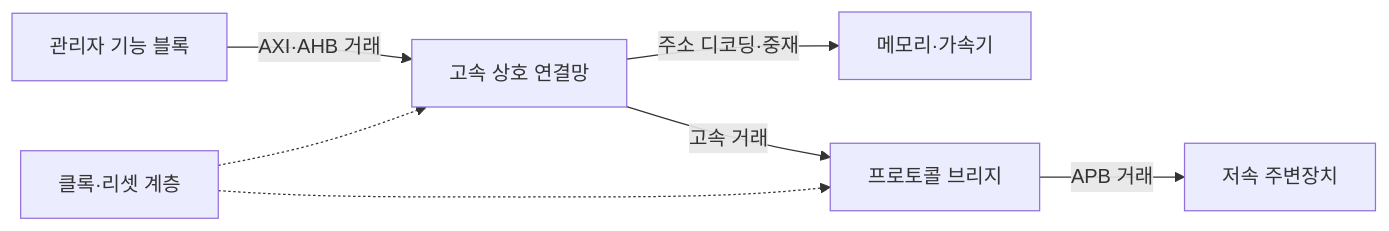
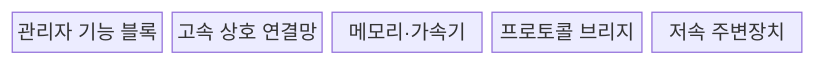
Before and after one commit to agnusdei1207/knowledge-base: the first of 2 diagrams in src/content/docs/notes/02-hardware/078_amba_bus_protocol.md, drawn with Mermaid. The commit also changed other lines of this file and 20 other files, not shown here.

````diff
--- a/src/content/docs/notes/02-hardware/078_amba_bus_protocol.md
+++ b/src/content/docs/notes/02-hardware/078_amba_bus_protocol.md
@@ -64,9 +62,9 @@
 ```mermaid
-flowchart LR
-    M[관리자 기능 블록] -->|AXI·AHB 거래| I[고속 상호 연결망]
-    I -->|주소 디코딩·중재| S[메모리·가속기]
-    I -->|고속 거래| B[프로토콜 브리지]
-    B -->|APB 거래| P[저속 주변장치]
-    C[클록·리셋 계층] -.-> I
-    C -.-> B
+block
+  columns 5
+  A["관리자 기능 블록"]
+  B["고속 상호 연결망"]
+  C["메모리·가속기"]
+  D["프로토콜 브리지"]
+  E["저속 주변장치"]
 ```
````
